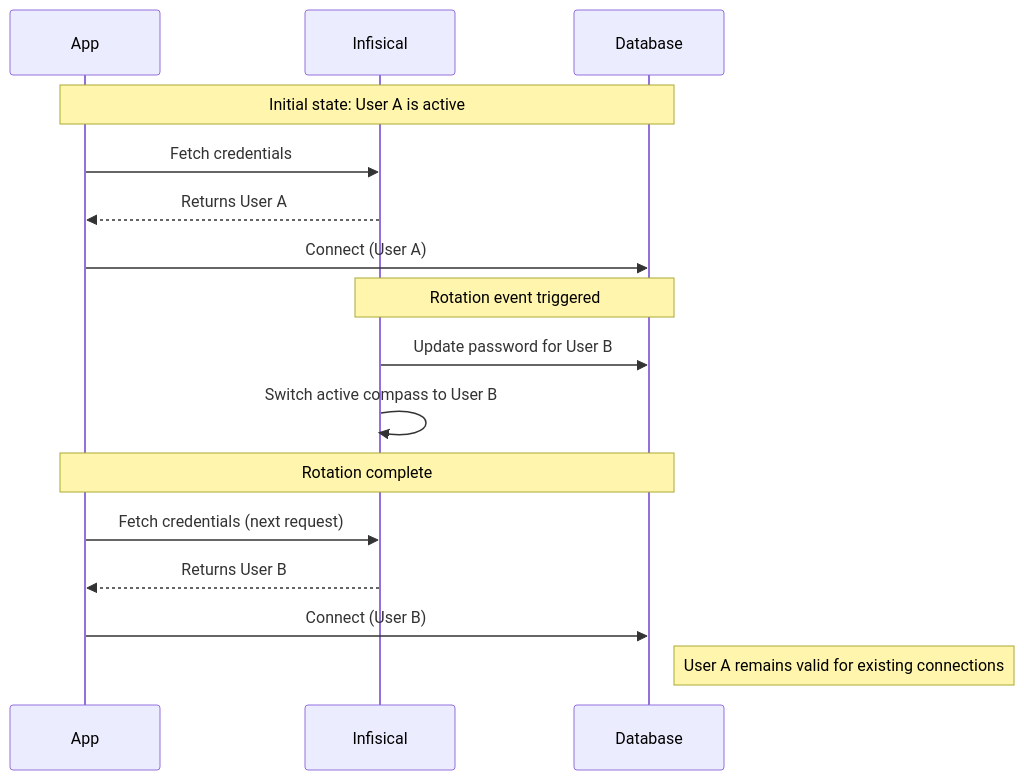
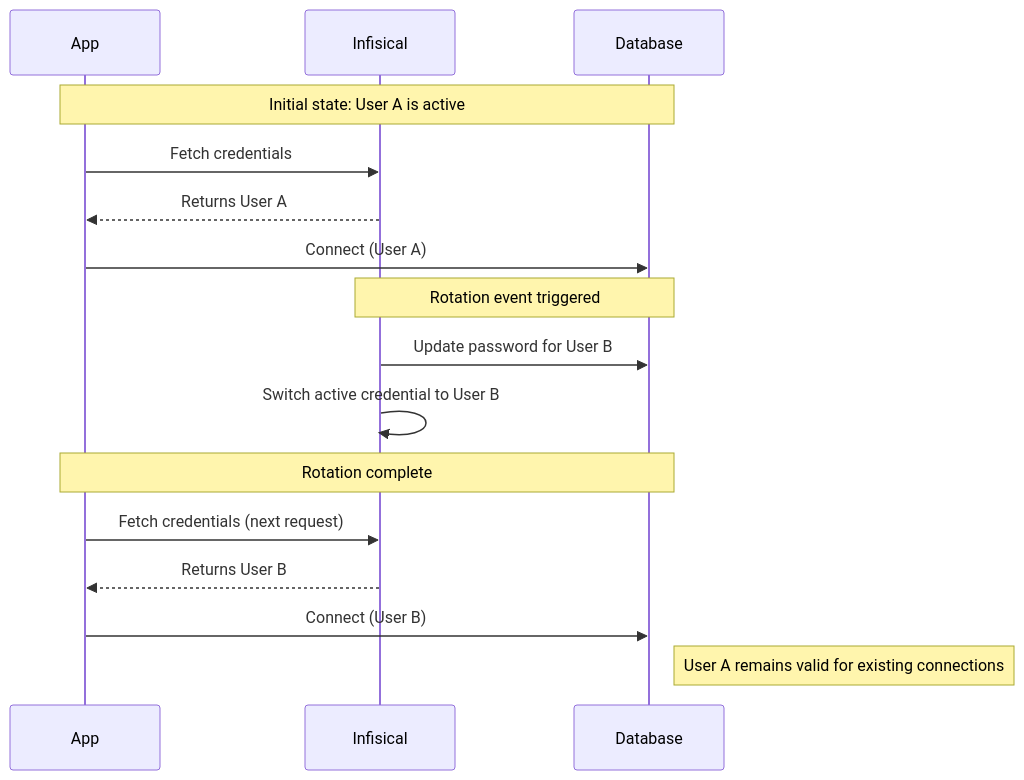
Before and after one commit to Infisical/infisical: the first of 2 diagrams in docs/documentation/platform/secret-rotation/overview.mdx, drawn with Mermaid.

````diff
--- a/docs/documentation/platform/secret-rotation/overview.mdx
+++ b/docs/documentation/platform/secret-rotation/overview.mdx
@@ -38,22 +38,22 @@
 ```mermaid
 sequenceDiagram
     participant App
     participant Infisical
     participant Database
 
     Note over App, Database: Initial state: User A is active
     App->>Infisical: Fetch credentials
     Infisical-->>App: Returns User A
     App->>Database: Connect (User A)
 
     Note over Infisical, Database: Rotation event triggered
     Infisical->>Database: Update password for User B
-    Infisical->>Infisical: Switch active compass to User B
+    Infisical->>Infisical: Switch active credential to User B
 
     Note over App, Database: Rotation complete
     App->>Infisical: Fetch credentials (next request)
     Infisical-->>App: Returns User B
     App->>Database: Connect (User B)
 
     Note right of Database: User A remains valid for existing connections
 ```
````
